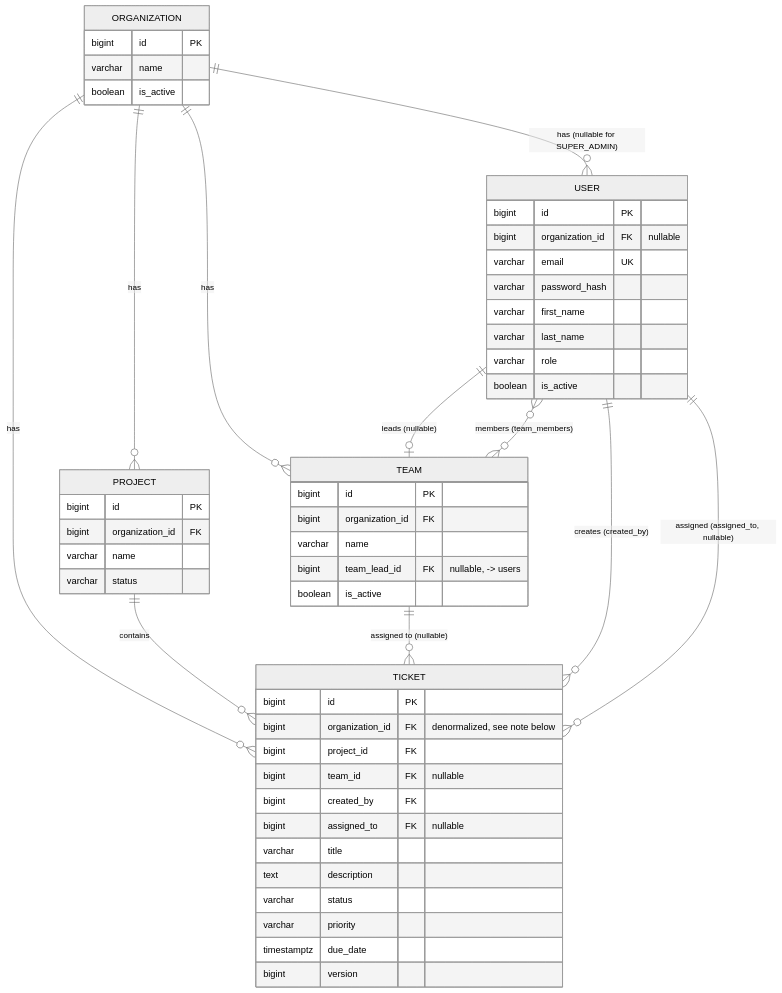
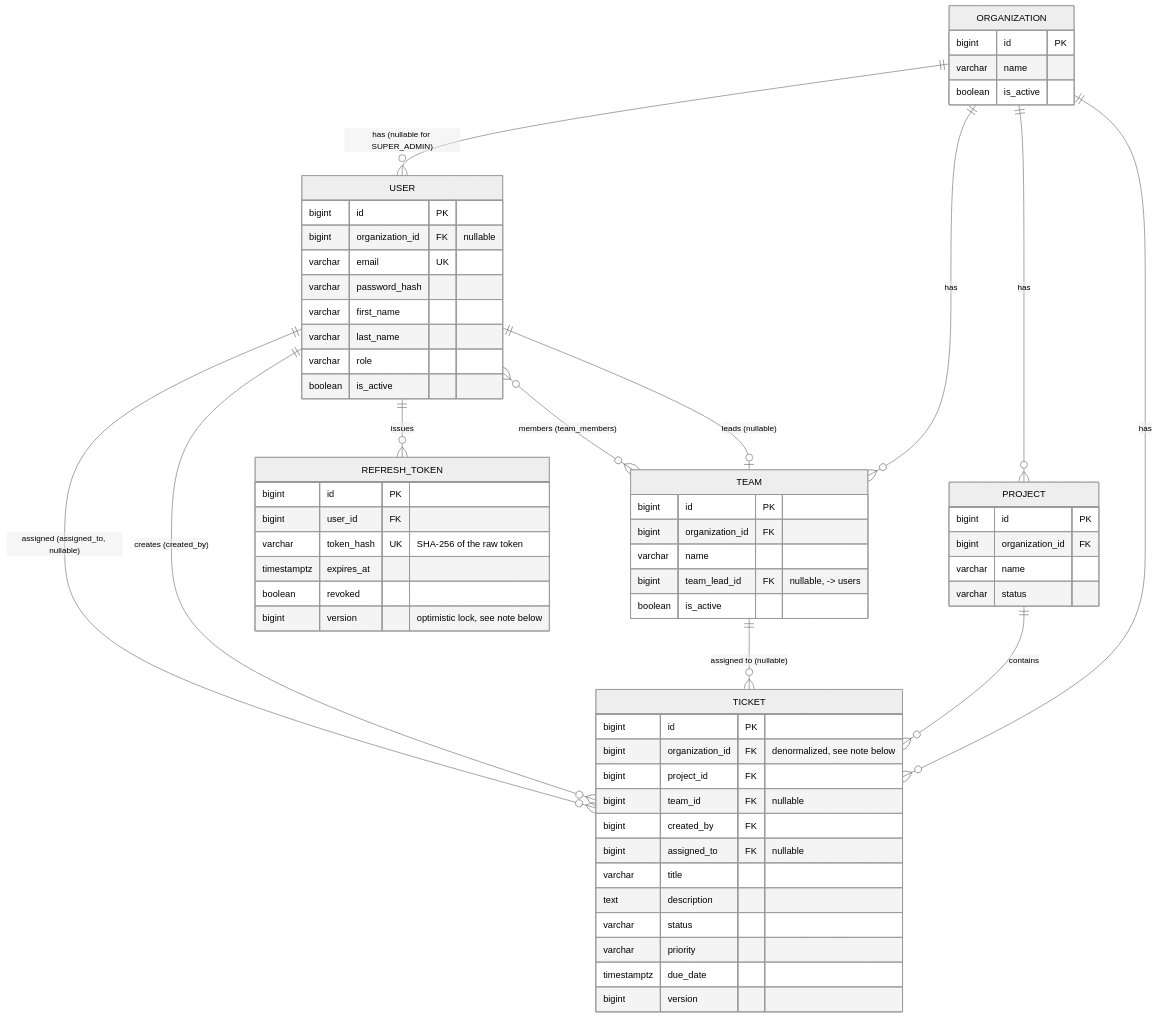
The fourth of 4 diagrams in README.md (Sidharth-002/taskFlow), drawn with Mermaid (neutral theme) before and after one commit. The commit also changed other lines of this file and 32 other files, not shown here.

````diff
--- a/README.md
+++ b/README.md
@@ -146,56 +257,65 @@
 ```mermaid
 erDiagram
     ORGANIZATION ||--o{ USER : "has (nullable for SUPER_ADMIN)"
     ORGANIZATION ||--o{ TEAM : has
     ORGANIZATION ||--o{ PROJECT : has
     ORGANIZATION ||--o{ TICKET : has
     PROJECT ||--o{ TICKET : contains
     TEAM ||--o{ TICKET : "assigned to (nullable)"
     TEAM }o--o{ USER : "members (team_members)"
     USER ||--o| TEAM : "leads (nullable)"
     USER ||--o{ TICKET : "creates (created_by)"
     USER ||--o{ TICKET : "assigned (assigned_to, nullable)"
 
     ORGANIZATION {
         bigint id PK
         varchar name
         boolean is_active
     }
     USER {
         bigint id PK
         bigint organization_id FK "nullable"
         varchar email UK
         varchar password_hash
         varchar first_name
         varchar last_name
         varchar role
         boolean is_active
     }
     TEAM {
         bigint id PK
         bigint organization_id FK
         varchar name
         bigint team_lead_id FK "nullable, -> users"
         boolean is_active
     }
     PROJECT {
         bigint id PK
         bigint organization_id FK
         varchar name
         varchar status
     }
     TICKET {
         bigint id PK
         bigint organization_id FK "denormalized, see note below"
         bigint project_id FK
         bigint team_id FK "nullable"
         bigint created_by FK
         bigint assigned_to FK "nullable"
         varchar title
         text description
         varchar status
         varchar priority
         timestamptz due_date
         bigint version
     }
+    USER ||--o{ REFRESH_TOKEN : issues
+    REFRESH_TOKEN {
+        bigint id PK
+        bigint user_id FK
+        varchar token_hash UK "SHA-256 of the raw token"
+        timestamptz expires_at
+        boolean revoked
+        bigint version "optimistic lock, see note below"
+    }
 ```
````
